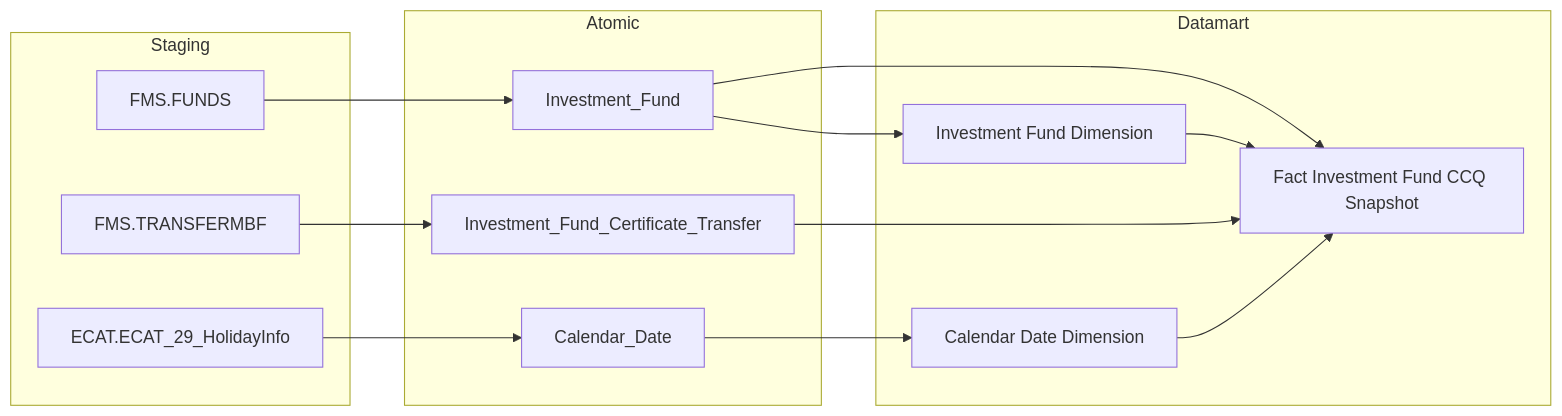
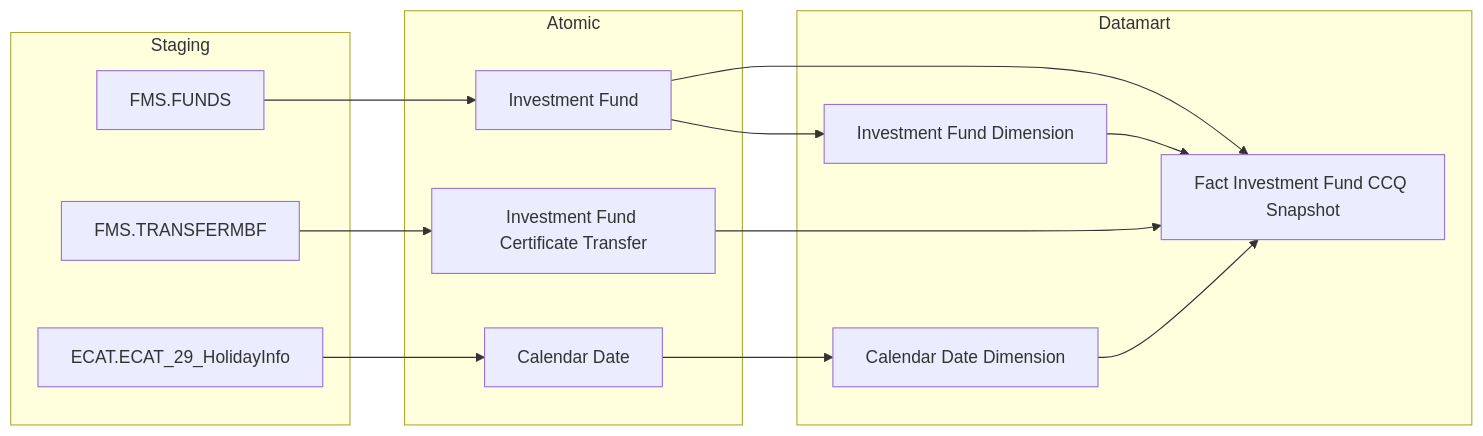
Before and after one commit to linhlvit/ubck_atomic_design: the eighth of 11 diagrams in docs/output/datamart/FMS/DTM_FMS_PTTK.md, drawn with Mermaid. The commit also changed other lines of this file and 34 other files, not shown here.

````diff
--- a/docs/output/datamart/FMS/DTM_FMS_PTTK.md
+++ b/docs/output/datamart/FMS/DTM_FMS_PTTK.md
@@ -298,27 +429,32 @@
 ```mermaid
 flowchart LR
-  subgraph Staging
-    FMS_FUNDS["FMS.FUNDS"]
-    FMS_TRANSFERMBF["FMS.TRANSFERMBF"]
-    ECAT_ECAT_29_HolidayInfo["ECAT.ECAT_29_HolidayInfo"]
-  end
-  subgraph Atomic
-    Investment_Fund
-    Investment_Fund_Certificate_Transfer
-    Calendar_Date
-  end
-  subgraph Datamart
-    fct_ivsm_fnd_ccq_snpst["Fact Investment Fund CCQ Snapshot"]
-    ivsm_fnd_dim["Investment Fund Dimension"]
-    cdr_dt_dim["Calendar Date Dimension"]
-  end
-  FMS_FUNDS --> Investment_Fund
-  FMS_TRANSFERMBF --> Investment_Fund_Certificate_Transfer
-  ECAT_ECAT_29_HolidayInfo --> Calendar_Date
-  Investment_Fund --> fct_ivsm_fnd_ccq_snpst
-  Investment_Fund_Certificate_Transfer --> fct_ivsm_fnd_ccq_snpst
-  Investment_Fund --> ivsm_fnd_dim
-  Calendar_Date --> cdr_dt_dim
-  ivsm_fnd_dim --> fct_ivsm_fnd_ccq_snpst
-  cdr_dt_dim --> fct_ivsm_fnd_ccq_snpst
+    subgraph Staging
+        S1["FMS.FUNDS"]
+        S2["FMS.TRANSFERMBF"]
+        SE1["ECAT.ECAT_29_HolidayInfo"]
+    end
+
+    subgraph Atomic
+        SV1["Investment Fund"]
+        SV2["Investment Fund Certificate Transfer"]
+        SV3["Calendar Date"]
+    end
+
+    subgraph Datamart
+        G1["Fact Investment Fund CCQ Snapshot"]
+        G2["Investment Fund Dimension"]
+        G3["Calendar Date Dimension"]
+    end
+
+    S1 --> SV1
+    S2 --> SV2
+    SE1 --> SV3
+
+    SV1 --> G1
+    SV2 --> G1
+    SV1 --> G2
+    SV3 --> G3
+
+    G2 --> G1
+    G3 --> G1
 ```
````
